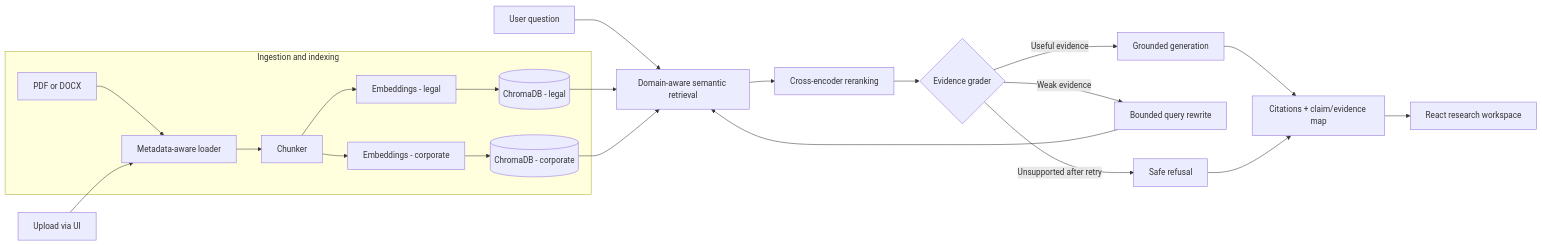
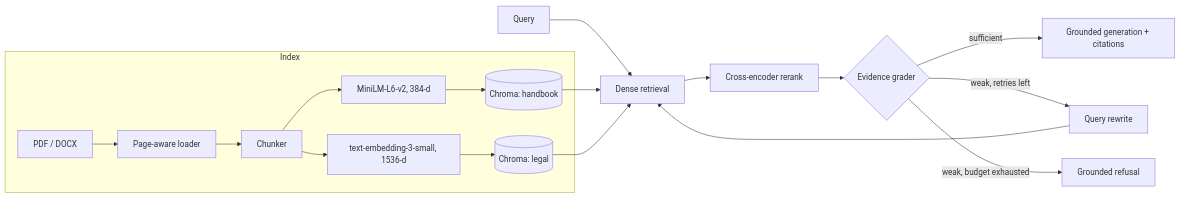
Before and after one commit to amshutha07-cmd/VeriDoc: the diagram in README.md, drawn with Mermaid. The commit also changed other lines of this file and 1 other file, not shown here.

Commit message:
Rewrite README and add demo screenshot

````diff
--- a/README.md
+++ b/README.md
@@ -25,26 +22,21 @@
 ```mermaid
 flowchart LR
-    Q[User question] --> R[Domain-aware semantic retrieval]
-    R --> RR[Cross-encoder reranking]
+    Q[Query] --> R[Dense retrieval]
+    R --> RR[Cross-encoder rerank]
     RR --> G{Evidence grader}
-    G -->|Useful evidence| GEN[Grounded generation]
-    G -->|Weak evidence| RW[Bounded query rewrite]
+    G -->|sufficient| GEN[Grounded generation + citations]
+    G -->|weak, retries left| RW[Query rewrite]
     RW --> R
-    G -->|Unsupported after retry| REF[Safe refusal]
-    GEN --> C[Citations + claim/evidence map]
-    REF --> C
-    C --> UI[React research workspace]
+    G -->|weak, budget exhausted| REF[Grounded refusal]
 
-    subgraph ING[Ingestion and indexing]
-      F[PDF or DOCX] --> L[Metadata-aware loader]
-      L --> CH[Chunker]
-      CH --> E1[Embeddings - legal]
-      CH --> E2[Embeddings - corporate]
-      E1 --> VS1[(ChromaDB - legal)]
-      E2 --> VS2[(ChromaDB - corporate)]
+    subgraph Index
+      D[PDF / DOCX] --> L[Page-aware loader]
+      L --> C[Chunker]
+      C --> E1[MiniLM-L6-v2, 384-d]
+      C --> E2[text-embedding-3-small, 1536-d]
+      E1 --> V1[(Chroma: handbook)]
+      E2 --> V2[(Chroma: legal)]
     end
-
-    VS1 --> R
-    VS2 --> R
-    U[Upload via UI] --> L
+    V1 --> R
+    V2 --> R
 ```
````
